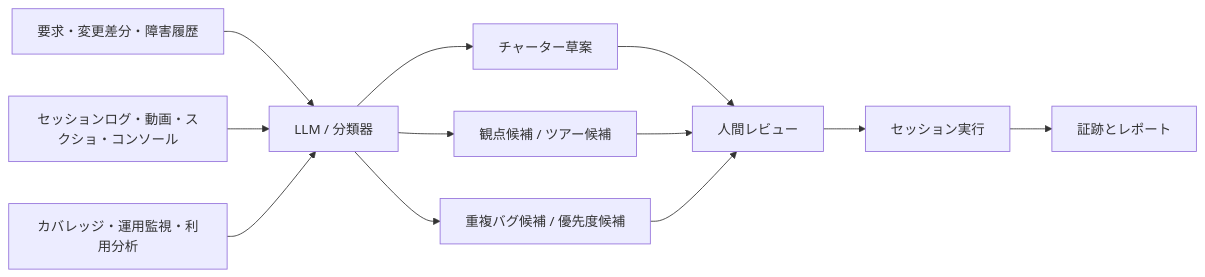
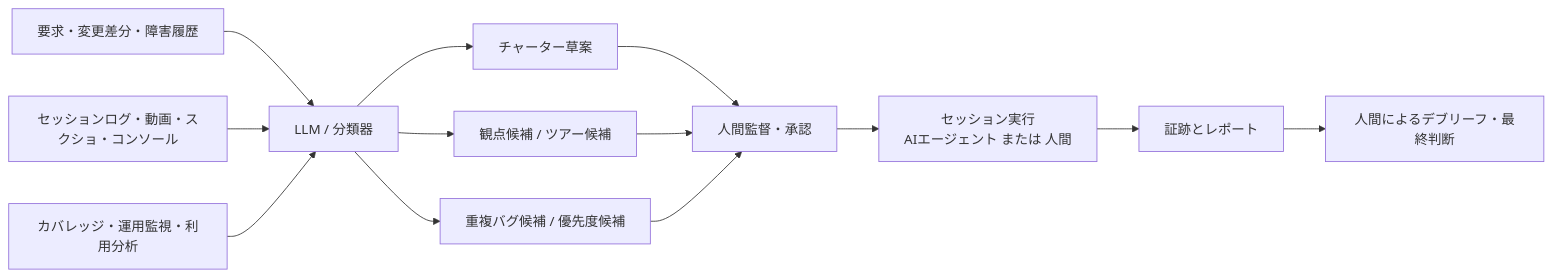
One commit to rymetry/sqk-core changed the fifth of 5 diagrams in docs/exploratory-testing/exploratory-testing-concepts-and-practice.md. Above: the diagram before and after it, drawn with Mermaid. The commit also changed other lines of this file and 4 other files, not shown here.

````diff
--- a/docs/exploratory-testing/exploratory-testing-concepts-and-practice.md
+++ b/docs/exploratory-testing/exploratory-testing-concepts-and-practice.md
@@ -397,14 +415,15 @@
 ```mermaid
 flowchart LR
     A[要求・変更差分・障害履歴] --> B[LLM / 分類器]
     C[セッションログ・動画・スクショ・コンソール] --> B
     D[カバレッジ・運用監視・利用分析] --> B
     B --> E[チャーター草案]
     B --> F[観点候補 / ツアー候補]
     B --> G[重複バグ候補 / 優先度候補]
-    E --> H[人間レビュー]
+    E --> H[人間監督・承認]
     F --> H
     G --> H
-    H --> I[セッション実行]
+    H --> I[セッション実行<br>AIエージェント または 人間]
     I --> J[証跡とレポート]
+    J --> K[人間によるデブリーフ・最終判断]
 ```
````
